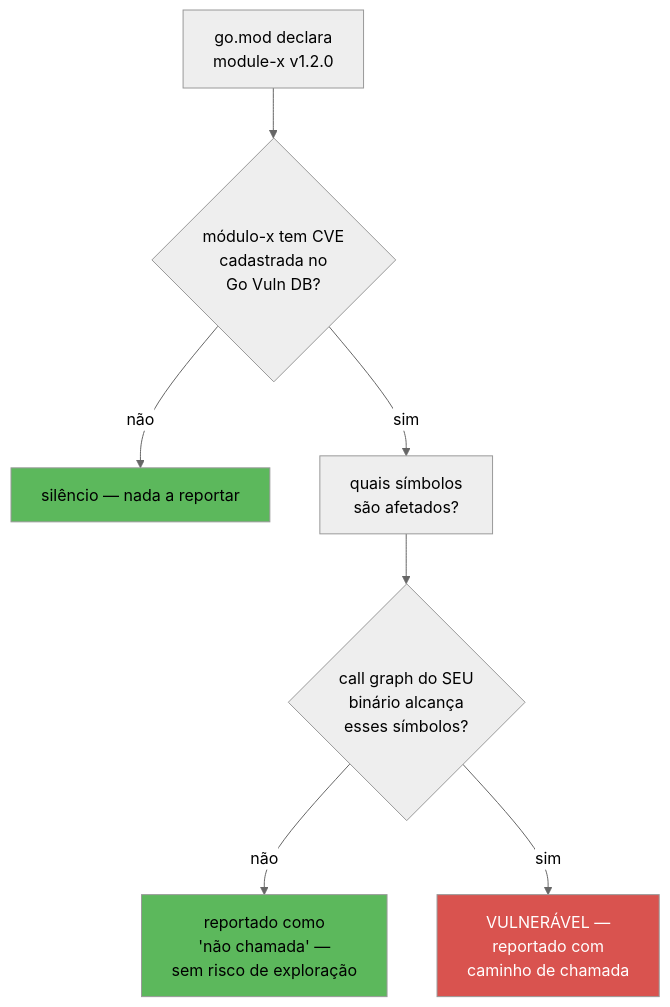
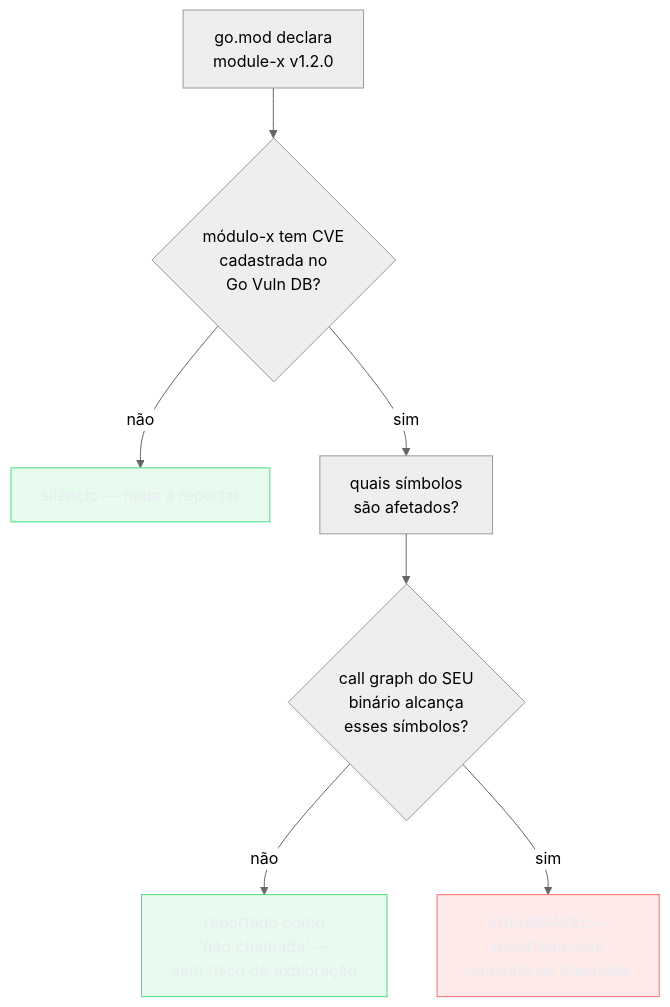
The first of 3 diagrams in 03-Dominios/Tecnologia/Go/19 - Segurança/05 - govulncheck e supply chain.md (josenaldo/codex-technomanticus), drawn with Mermaid (neutral theme) before and after one commit. The commit also changed other lines of this file and 1181 other files, not shown here.

First line of the commit message:
fix(diagramas): paleta do sistema no lugar de cor cravada no markdown

````diff
--- a/03-Dominios/Tecnologia/Go/19 - Segurança/05 - govulncheck e supply chain.md
+++ b/03-Dominios/Tecnologia/Go/19 - Segurança/05 - govulncheck e supply chain.md
@@ -37,13 +37,15 @@
 ```mermaid
 flowchart TB
+    classDef falha fill:#FF6B6B24,stroke:#FF6B6B,color:#E9ECF2
+    classDef ok fill:#4ADE8021,stroke:#4ADE80,color:#E9ECF2
     A["go.mod declara\nmodule-x v1.2.0"] --> B{"módulo-x tem CVE\ncadastrada no\nGo Vuln DB?"}
     B -->|não| C["silêncio — nada a reportar"]
     B -->|sim| D["quais símbolos\nsão afetados?"]
     D --> E{"call graph do SEU\nbinário alcança\nesses símbolos?"}
     E -->|não| F["reportado como\n'não chamada' —\nsem risco de exploração"]
     E -->|sim| G["VULNERÁVEL —\nreportado com\ncaminho de chamada"]
 
-    style G fill:#D9534F,color:#fff
-    style F fill:#5CB85C,color:#000
-    style C fill:#5CB85C,color:#000
+    class G falha
+    class F ok
+    class C ok
 ```
````
